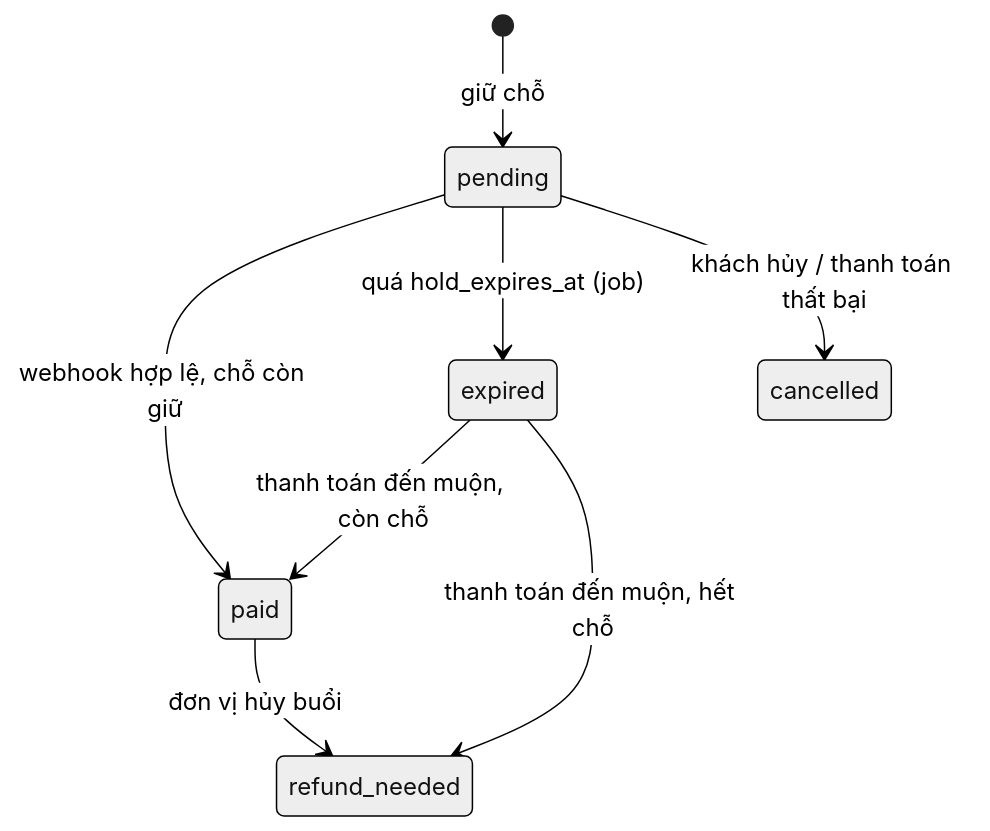
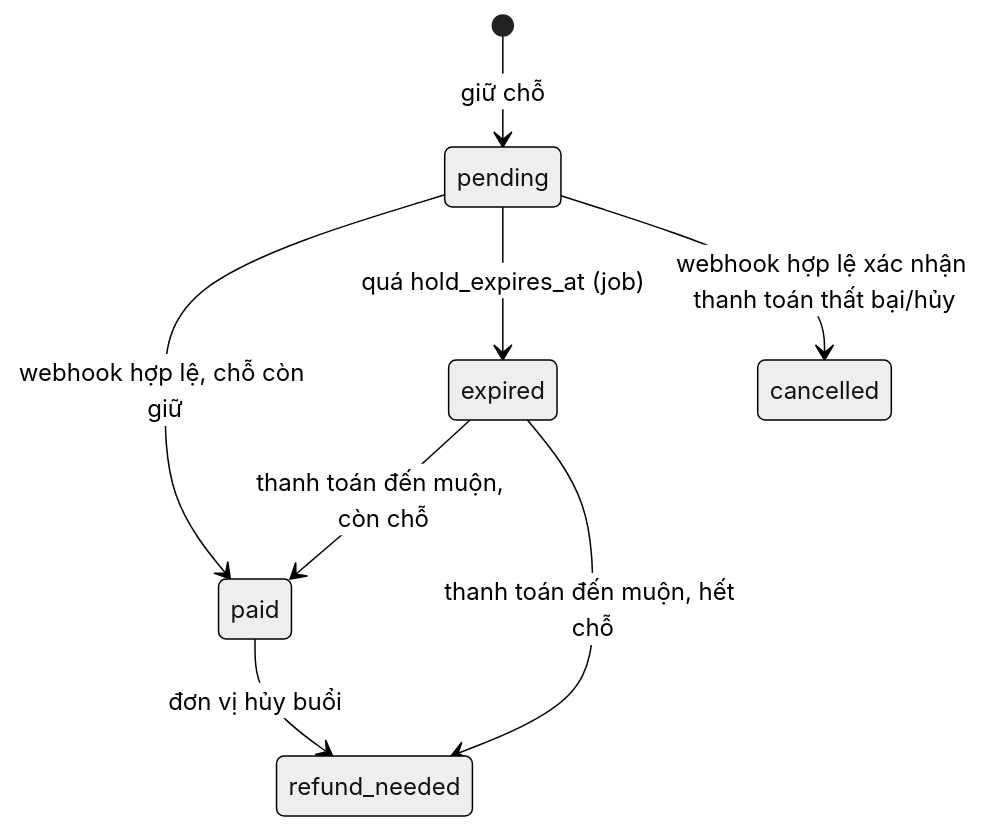
The diagram in docs/02-architecture.md (Loc2124/workshop-project), drawn with Mermaid (neutral theme) before and after one commit. The commit also changed other lines of this file and 193 other files, not shown here.

````diff
--- a/docs/02-architecture.md
+++ b/docs/02-architecture.md
@@ -18,10 +21,10 @@
 ```mermaid
 stateDiagram-v2
   [*] --> pending: giữ chỗ
   pending --> paid: webhook hợp lệ, chỗ còn giữ
   pending --> expired: quá hold_expires_at (job)
-  pending --> cancelled: khách hủy / thanh toán thất bại
+  pending --> cancelled: webhook hợp lệ xác nhận thanh toán thất bại/hủy
   expired --> paid: thanh toán đến muộn, còn chỗ
   expired --> refund_needed: thanh toán đến muộn, hết chỗ
   paid --> refund_needed: đơn vị hủy buổi
 ```
````
